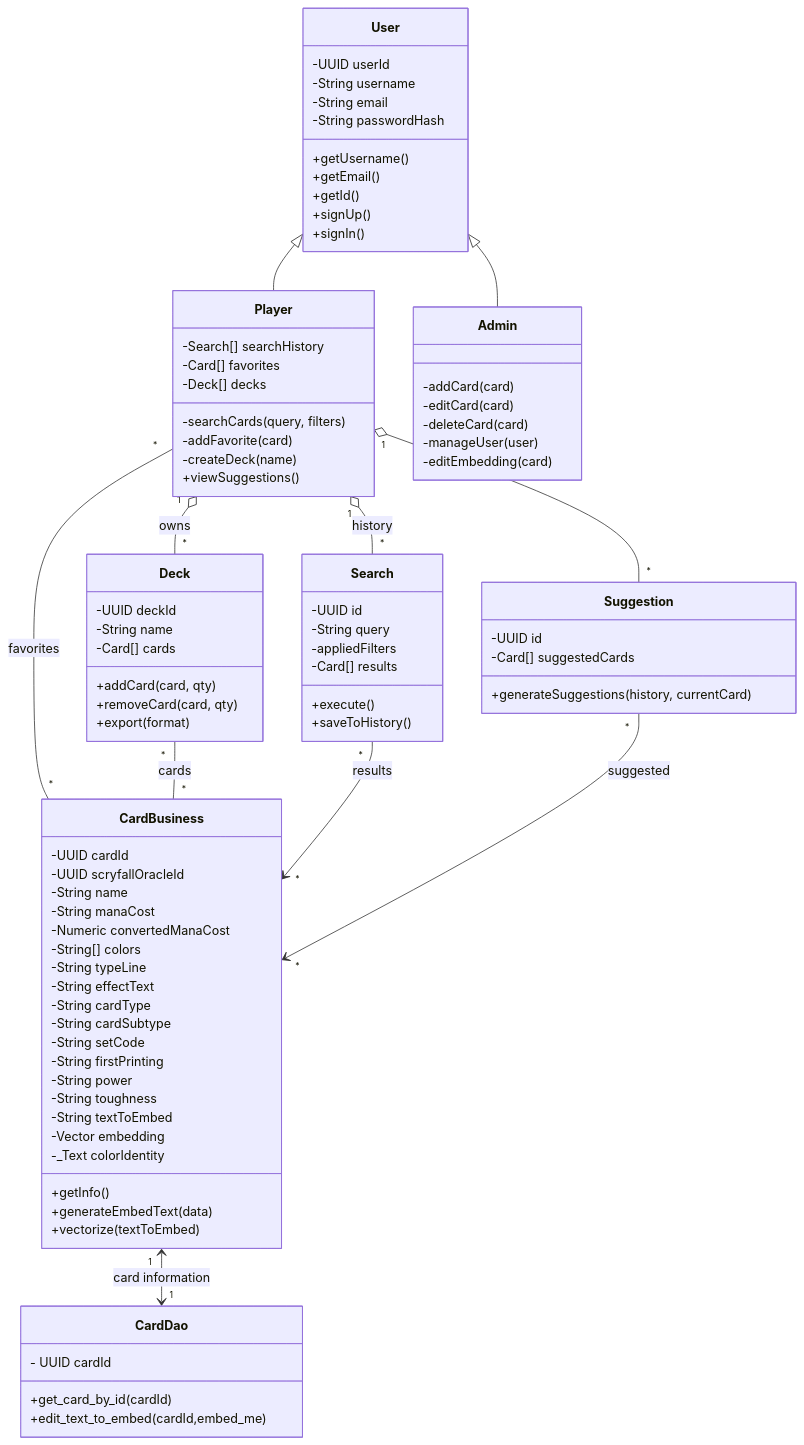
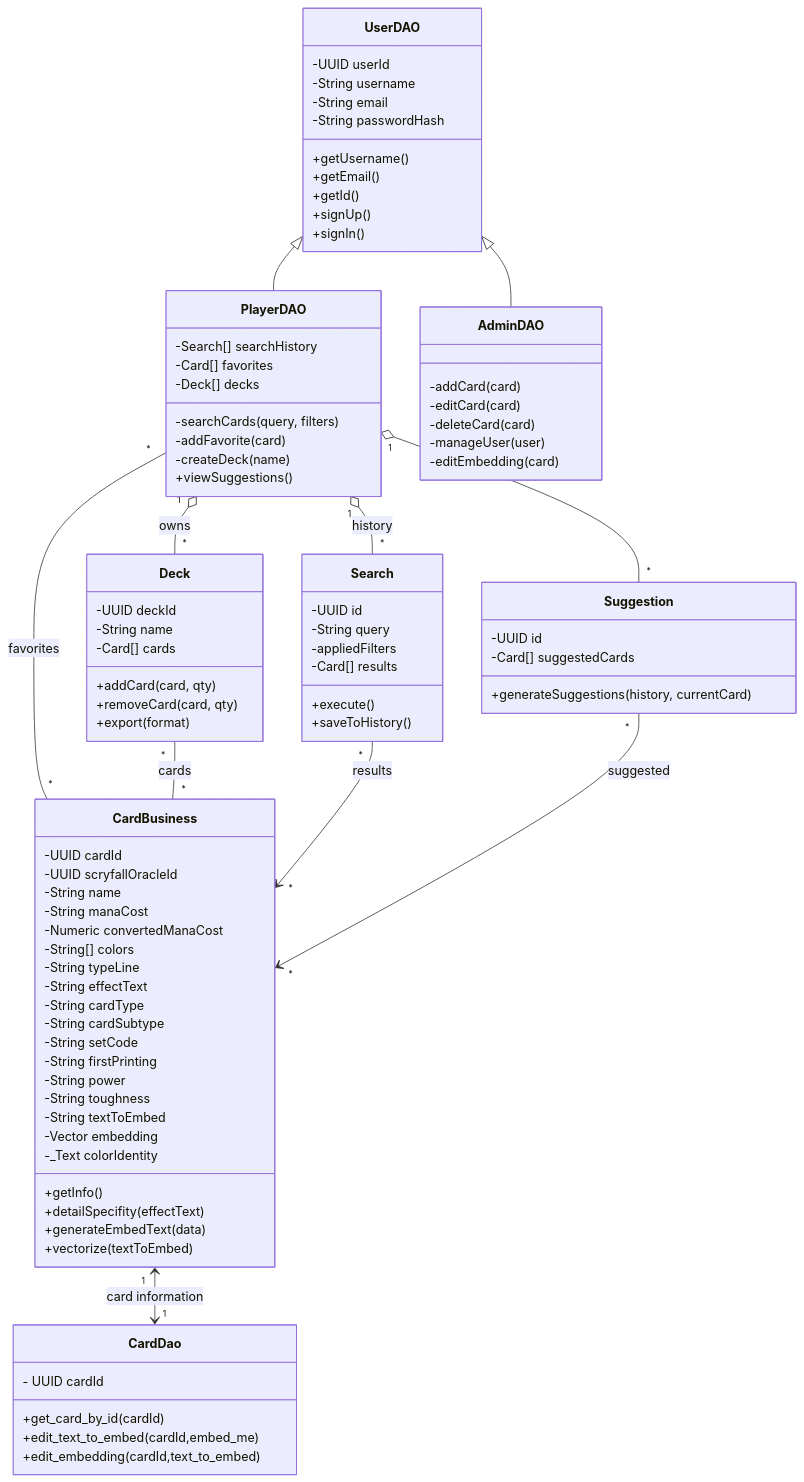
Before and after one commit to projet-info-2A-ensai-grp4/MagicSearch-2A: the diagram in doc/diagrams/class_diagram.md, drawn with Mermaid.

Commit message:
fixed methods

````diff
--- a/doc/diagrams/class_diagram.md
+++ b/doc/diagrams/class_diagram.md
@@ -1,6 +1,6 @@
 ```mermaid
 classDiagram
-    class User {
+    class UserDAO {
         -UUID userId
         -String username
         -String email
@@ -12,7 +12,7 @@
         +signIn()
     }
 
-    class Player {
+    class PlayerDAO {
         -Search[] searchHistory
         -Card[] favorites
         -Deck[] decks
@@ -22,7 +22,7 @@
         +viewSuggestions()
     }
 
-    class Admin {
+    class AdminDAO {
         -addCard(card)
         -editCard(card)
         -deleteCard(card)
@@ -30,8 +30,8 @@
         -editEmbedding(card)
     }
 
-    User <|-- Player
-    User <|-- Admin
+    UserDAO <|-- PlayerDAO
+    UserDAO <|-- AdminDAO
 
 
     class CardBusiness {
@@ -53,6 +53,7 @@
         -Vector embedding
         -_Text colorIdentity
         +getInfo()
+        +detailSpecifity(effectText)
         +generateEmbedText(data)
         +vectorize(textToEmbed)
     }
@@ -61,6 +62,7 @@
         - UUID cardId
         +get_card_by_id(cardId)
         +edit_text_to_embed(cardId,embed_me)
+        +edit_embedding(cardId,text_to_embed)
     }
     class Deck {
         -UUID deckId
@@ -86,12 +88,12 @@
         +generateSuggestions(history, currentCard)
     }
 
-    Player "1" o-- "*" Search : history
-    Player "1" o-- "*" Deck : owns
-    Player "*" -- "*" CardBusiness : favorites
+    PlayerDAO "1" o-- "*" Search : history
+    PlayerDAO "1" o-- "*" Deck : owns
+    PlayerDAO "*" -- "*" CardBusiness : favorites
     Deck "*" -- "*" CardBusiness : cards
     Search "*" --> "*" CardBusiness : results
-    Player "1" o-- "*" Suggestion
+    PlayerDAO "1" o-- "*" Suggestion
     Suggestion "*" --> "*" CardBusiness : suggested
     CardBusiness "1" <--> "1" CardDao: card information
 ```
````
